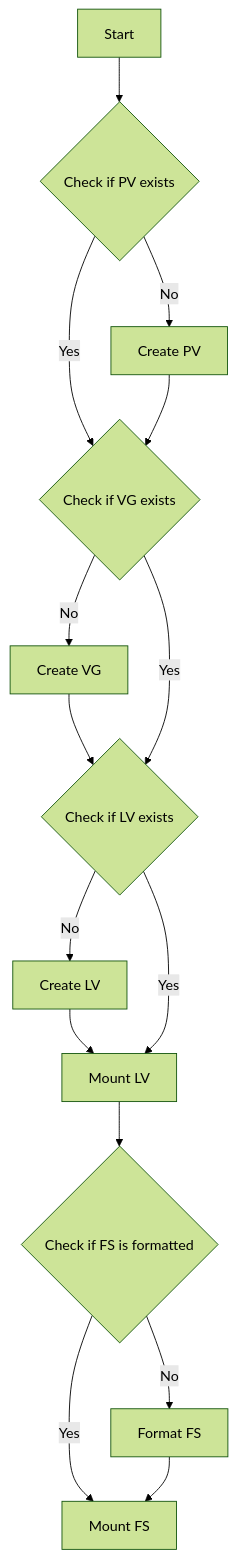
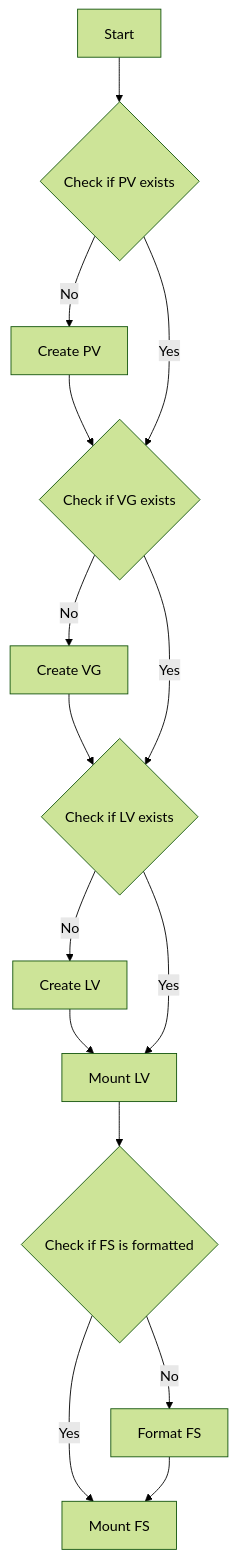
Before and after one commit to emmahone/LVM-Operator-overview: the second of 3 diagrams in README.md, drawn with Mermaid (forest theme). The commit also changed other lines of this file, not shown here.

Commit message:
Format mount flowchart

````diff
--- a/README.md
+++ b/README.md
@@ -279,17 +279,17 @@
 ```mermaid
 graph TD
   A[Start] --> B{Check if PV exists}
-  B --> |Yes| D{Check if VG exists}
   B --> |No| K[Create PV]
   K --> D{Check if VG exists}
+  B --> |Yes| D{Check if VG exists}
   D --> |No| L[Create VG]
   L --> F{Check if LV exists}
   D --> |Yes| F{Check if LV exists}
   F --> |No| N[Create LV]
   N --> G[Mount LV]
   F --> |Yes| G[Mount LV]
   G --> H{Check if FS is formatted}
   H --> |No| I[Format FS]
   H --> |Yes| J[Mount FS]
   I --> J
   ```
````
